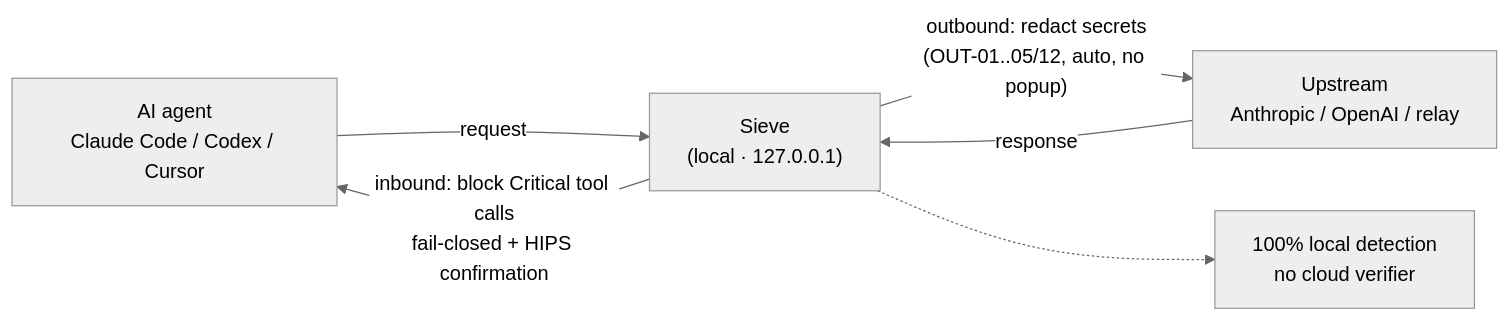
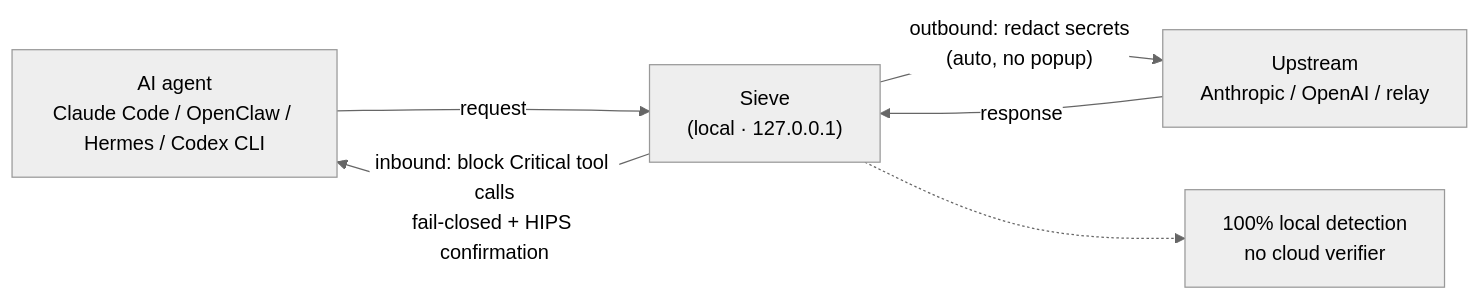
One commit to SieveAI-dev/sieve changed the first of 2 diagrams in README.md. Above: the diagram before and after it, drawn with Mermaid (neutral theme). The commit also changed other lines of this file and 162 other files, not shown here.

````diff
--- a/README.md
+++ b/README.md
@@ -21,13 +21,13 @@
 ```mermaid
 flowchart LR
-    A["AI agent<br/>Claude Code / Codex / Cursor"]
+    A["AI agent<br/>Claude Code / OpenClaw / Hermes / Codex CLI"]
     S["Sieve<br/>(local · 127.0.0.1)"]
     U["Upstream<br/>Anthropic / OpenAI / relay"]
 
     A -- "request" --> S
-    S -- "outbound: redact secrets<br/>(OUT-01..05/12, auto, no popup)" --> U
+    S -- "outbound: redact secrets<br/>(auto, no popup)" --> U
     U -- "response" --> S
     S -- "inbound: block Critical tool calls<br/>fail-closed + HIPS confirmation" --> A
 
     S -.-> D["100% local detection<br/>no cloud verifier"]
 ```
````
